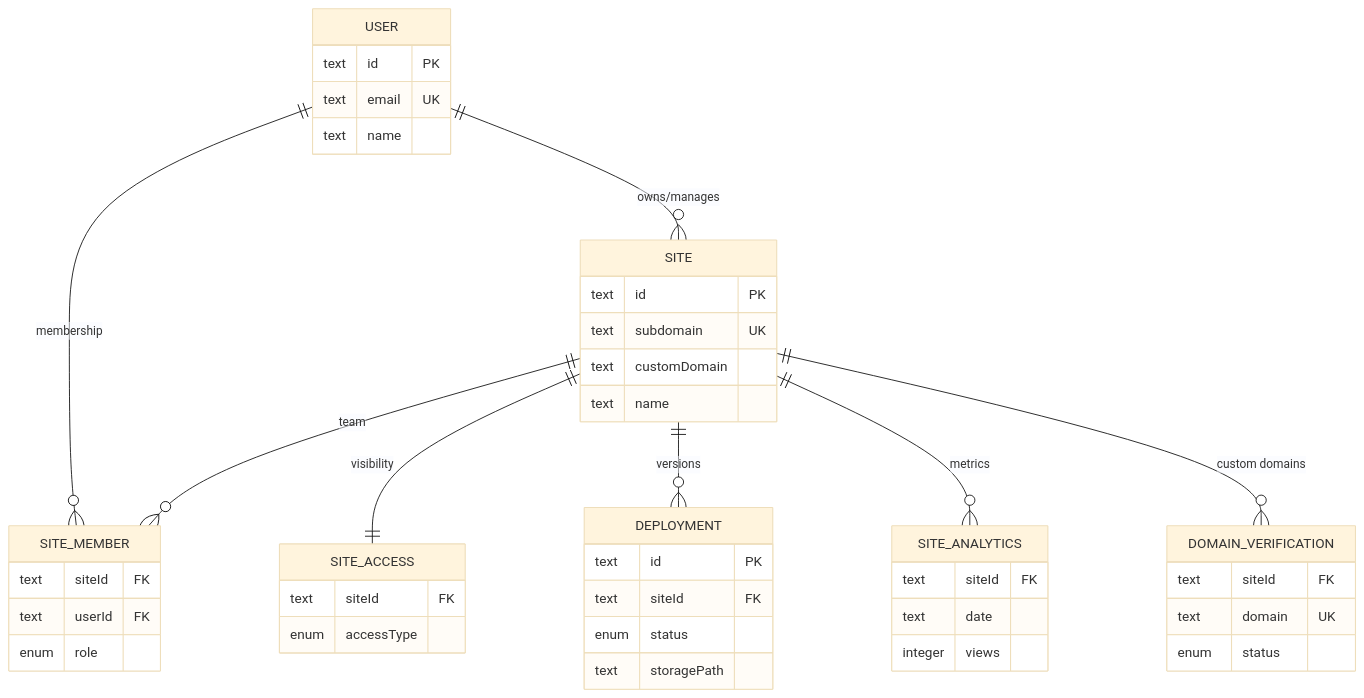
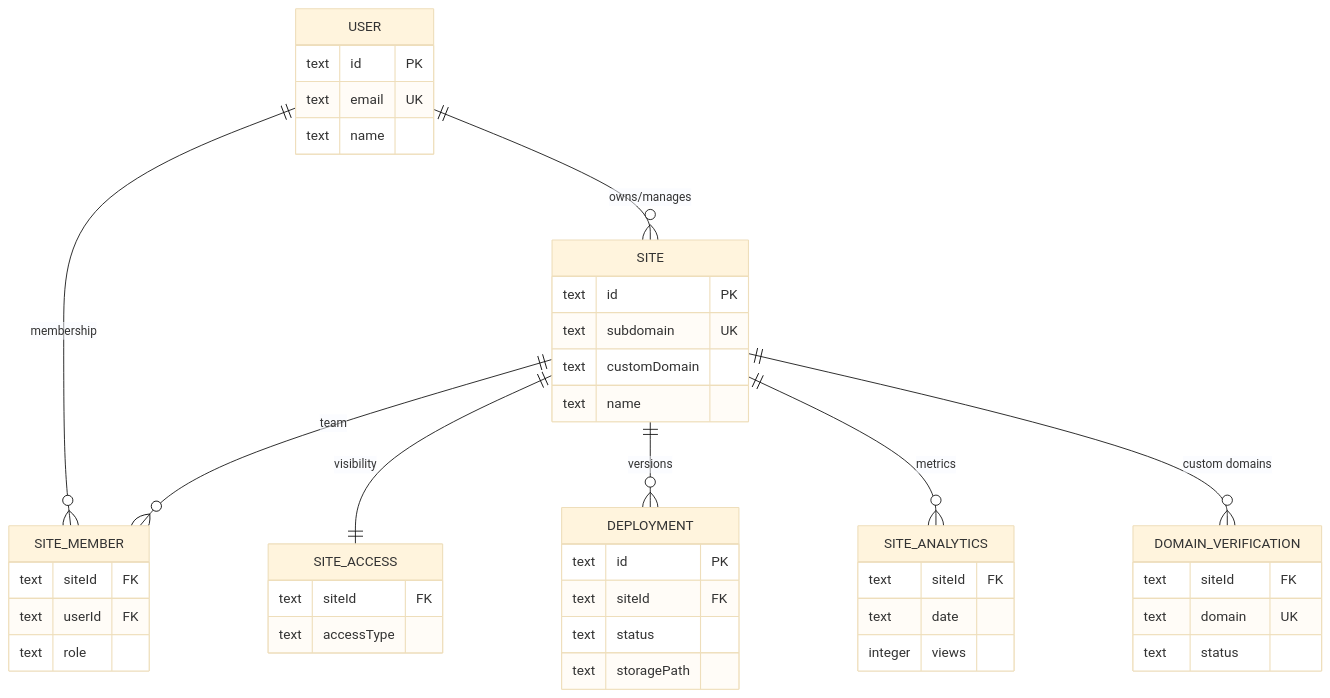
The second of 4 diagrams in docs/diagrams/ERD.md (backofficedev/pagehaven), drawn with Mermaid (base theme) before and after one commit. The commit also changed other lines of this file, not shown here.

Commit message:
fix: Correct Mermaid ERD syntax - replace enum with text type

````diff
--- a/docs/diagrams/ERD.md
+++ b/docs/diagrams/ERD.md
@@ -152,53 +152,53 @@
 ```mermaid
 erDiagram
     USER ||--o{ SITE : "owns/manages"
     USER ||--o{ SITE_MEMBER : "membership"
     SITE ||--o{ SITE_MEMBER : "team"
     SITE ||--|| SITE_ACCESS : "visibility"
     SITE ||--o{ DEPLOYMENT : "versions"
     SITE ||--o{ SITE_ANALYTICS : "metrics"
     SITE ||--o{ DOMAIN_VERIFICATION : "custom domains"
 
     USER {
         text id PK
         text email UK
         text name
     }
 
     SITE {
         text id PK
         text subdomain UK
         text customDomain
         text name
     }
 
     SITE_MEMBER {
         text siteId FK
         text userId FK
-        enum role
+        text role
     }
 
     SITE_ACCESS {
         text siteId FK
-        enum accessType
+        text accessType
     }
 
     DEPLOYMENT {
         text id PK
         text siteId FK
-        enum status
+        text status
         text storagePath
     }
 
     SITE_ANALYTICS {
         text siteId FK
         text date
         integer views
     }
 
     DOMAIN_VERIFICATION {
         text siteId FK
         text domain UK
-        enum status
+        text status
     }
 ```
````
